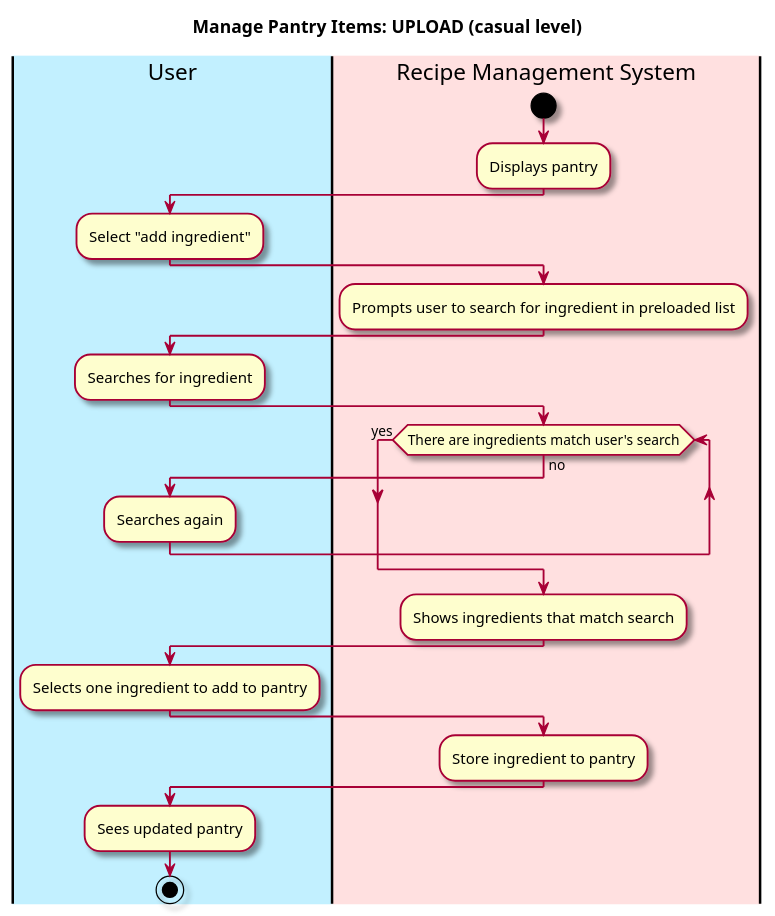
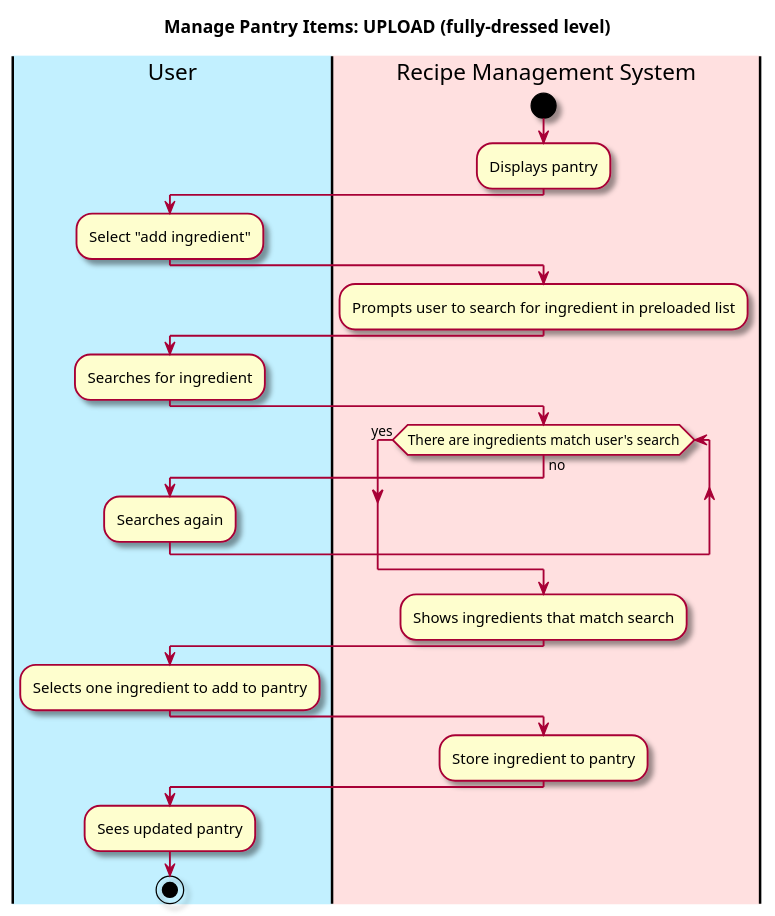
Before and after one commit to berthashipper/Pantry-Pal-Android-Application: the first of 8 diagrams in intellij/doc/use-cases/manage_pantry.md, drawn with PlantUML. The commit also changed other lines of this file and 3 other files, not shown here.

````diff
--- a/intellij/doc/use-cases/manage_pantry.md
+++ b/intellij/doc/use-cases/manage_pantry.md
@@ -27,42 +27,42 @@
 ```plantuml
 @startuml
 
 skin rose
 
-title  Manage Pantry Items: UPLOAD (casual level)
+title  Manage Pantry Items: UPLOAD (fully-dressed level)
 
 'define the lanes
 |#application|User|
 |#implementation|Recipe Management System|
 
 |Recipe Management System|
 start
 :Displays pantry;
 |User|
 :Select "add ingredient";
 |Recipe Management System|
 :Prompts user to search for ingredient in preloaded list;
 |User|
 :Searches for ingredient;
 |Recipe Management System|
 
 while (There are ingredients match user's search) is (no) 
 |User|
 :Searches again;
 endwhile (yes);
 
 |Recipe Management System|
 :Shows ingredients that match search;
 
 |User|
 :Selects one ingredient to add to pantry;
 |Recipe Management System|
 
 :Store ingredient to pantry;
 
 |User|
 :Sees updated pantry;
 
 stop
 @enduml
 ```
````
